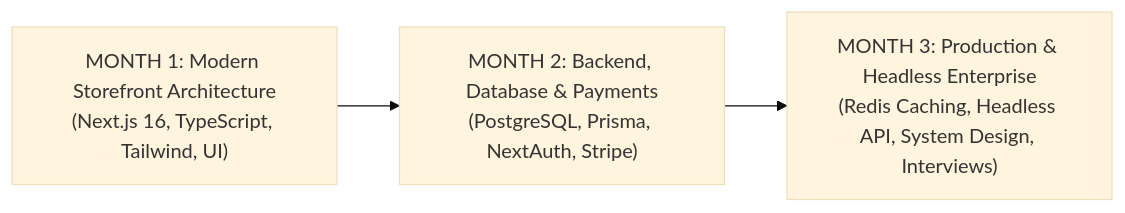
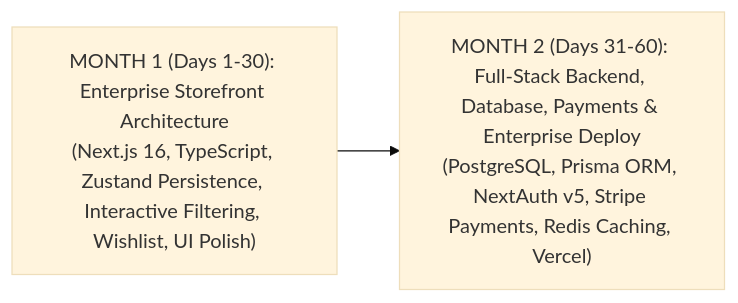
One commit to AdarshRG/nova-ecommerce changed the first of 2 diagrams in COURSE_NOTES.md. Above: the diagram before and after it, drawn with Mermaid (base theme). The commit also changed other lines of this file and 10 other files, not shown here.

````diff
--- a/COURSE_NOTES.md
+++ b/COURSE_NOTES.md
@@ -11,5 +11,4 @@
 ```mermaid
 flowchart LR
-    A["MONTH 1: Modern Storefront Architecture<br/>(Next.js 16, TypeScript, Tailwind, UI)"] --> B["MONTH 2: Backend, Database & Payments<br/>(PostgreSQL, Prisma, NextAuth, Stripe)"]
-    B --> C["MONTH 3: Production & Headless Enterprise<br/>(Redis Caching, Headless API, System Design, Interviews)"]
+    A["MONTH 1 (Days 1-30): Enterprise Storefront Architecture<br/>(Next.js 16, TypeScript, Zustand Persistence, Interactive Filtering, Wishlist, UI Polish)"] --> B["MONTH 2 (Days 31-60): Full-Stack Backend, Database, Payments & Enterprise Deploy<br/>(PostgreSQL, Prisma ORM, NextAuth v5, Stripe Payments, Redis Caching, Vercel)"]
 ```
````
